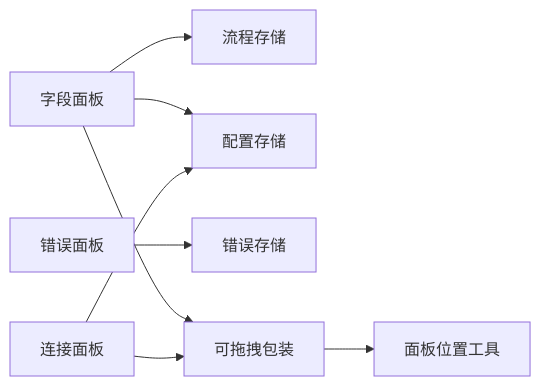
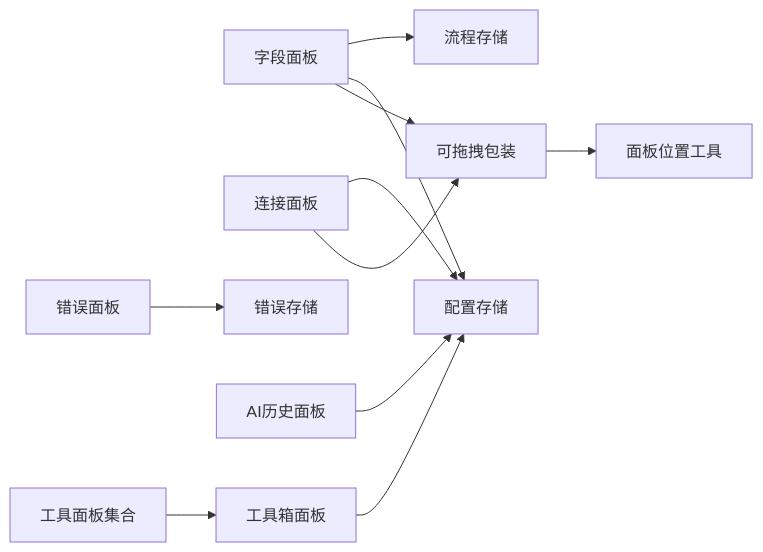
One commit to kqcoxn/MaaPipelineEditor changed the tenth of 10 diagrams in .qoder/repowiki/zh/content/用户界面/面板系统/面板系统.md. Above: the diagram before and after it, drawn with Mermaid. The commit also changed other lines of this file and 17 other files, not shown here.

````diff
--- a/.qoder/repowiki/zh/content/用户界面/面板系统/面板系统.md
+++ b/.qoder/repowiki/zh/content/用户界面/面板系统/面板系统.md
@@ -338,10 +459,13 @@
 ```mermaid
 graph LR
 FP["字段面板"] --> FS["流程存储"]
 FP --> CS["配置存储"]
 CONP["连接面板"] --> CS
 EP["错误面板"] --> ES["错误存储"]
+AHP["AI历史面板"] --> CS
+TB["工具箱面板"] --> CS
 DP["可拖拽包装"] --> PP["面板位置工具"]
 FP --> DP
 CONP --> DP
+TP["工具面板集合"] --> TB
 ```
````
